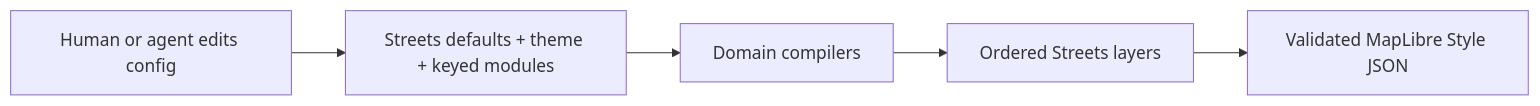
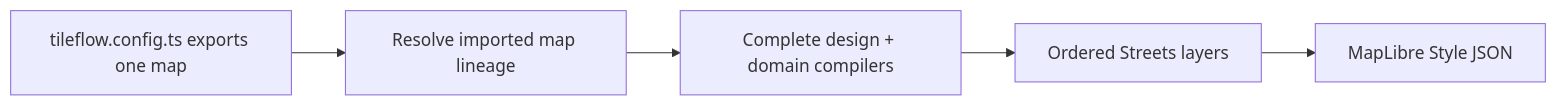
Before and after one commit to tileflow/tileflow-sdk: the diagram in packages/core/README.md, drawn with Mermaid. The commit also changed other lines of this file and 491 other files, not shown here.

````diff
--- a/packages/core/README.md
+++ b/packages/core/README.md
@@ -83,7 +119,7 @@
 ```mermaid
 flowchart LR
-  A["Human or agent edits config"] --> B["Streets defaults + theme + keyed modules"]
-  B --> C["Domain compilers"]
+  A["tileflow.config.ts exports one map"] --> B["Resolve imported map lineage"]
+  B --> C["Complete design + domain compilers"]
   C --> D["Ordered Streets layers"]
-  D --> E["Validated MapLibre Style JSON"]
+  D --> E["MapLibre Style JSON"]
 ```
````
